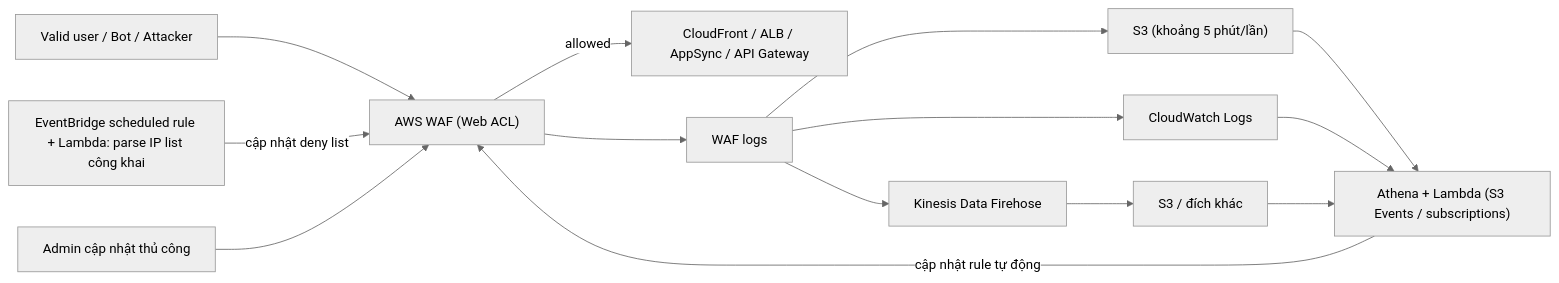
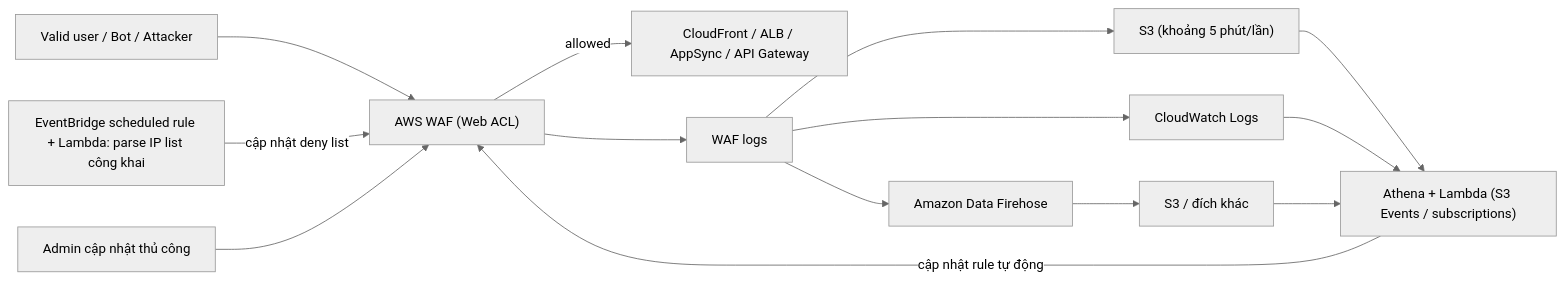
Before and after one commit to hairbui76/aws-saa-c03: the diagram in data/18 Security Deployment and Operations/WAF.md, drawn with Mermaid (neutral theme). The commit also changed other lines of this file and 77 other files, not shown here.

````diff
--- a/data/18 Security Deployment and Operations/WAF.md
+++ b/data/18 Security Deployment and Operations/WAF.md
@@ -76,15 +81,15 @@
 ```mermaid
 flowchart LR
   U["Valid user / Bot / Attacker"] --> W["AWS WAF (Web ACL)"]
   W -->|"allowed"| R["CloudFront / ALB / AppSync / API Gateway"]
   W --> L["WAF logs"]
   L --> S3["S3 (khoảng 5 phút/lần)"]
   L --> CW["CloudWatch Logs"]
-  L --> FH["Kinesis Data Firehose"] --> S3b["S3 / đích khác"]
+  L --> FH["Amazon Data Firehose"] --> S3b["S3 / đích khác"]
   S3 --> P["Athena + Lambda (S3 Events / subscriptions)"]
   CW --> P
   S3b --> P
   P -->|"cập nhật rule tự động"| W
   EB["EventBridge scheduled rule + Lambda: parse IP list công khai"] -->|"cập nhật deny list"| W
   H["Admin cập nhật thủ công"] --> W
 ```
````
